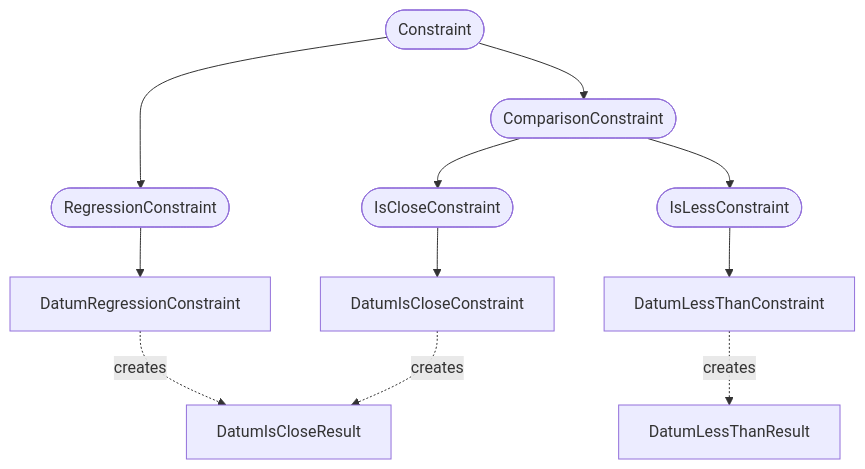
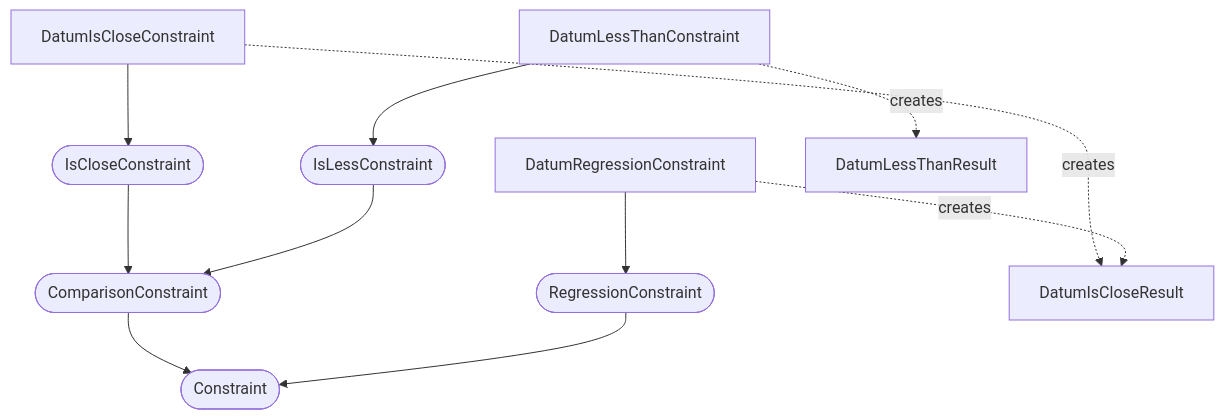
One commit to bmad-sim/pytao changed the second of 2 diagrams in docs/constraints/api/datum.md. Above: the diagram before and after it, drawn with Mermaid. The commit also changed other lines of this file and 1 other file, not shown here.

Commit message:
reverse flow charts

````diff
--- a/docs/constraints/api/datum.md
+++ b/docs/constraints/api/datum.md
@@ -41,13 +41,13 @@
 ```mermaid
 flowchart TD
-    Constraint([Constraint]) --> ComparisonConstraint([ComparisonConstraint])
-    Constraint --> RegressionConstraint([RegressionConstraint])
-    ComparisonConstraint --> IsCloseConstraint([IsCloseConstraint])
-    ComparisonConstraint --> IsLessConstraint([IsLessConstraint])
-    IsCloseConstraint --> DatumIsCloseConstraint[DatumIsCloseConstraint]
-    IsLessConstraint --> DatumLessThanConstraint[DatumLessThanConstraint]
-    RegressionConstraint --> DatumRegressionConstraint[DatumRegressionConstraint]
+    ComparisonConstraint([ComparisonConstraint]) --> Constraint([Constraint])
+    RegressionConstraint([RegressionConstraint]) --> Constraint
+    IsCloseConstraint([IsCloseConstraint]) --> ComparisonConstraint
+    IsLessConstraint([IsLessConstraint]) --> ComparisonConstraint
+    DatumIsCloseConstraint[DatumIsCloseConstraint] --> IsCloseConstraint
+    DatumLessThanConstraint[DatumLessThanConstraint] --> IsLessConstraint
+    DatumRegressionConstraint[DatumRegressionConstraint] --> RegressionConstraint
     DatumIsCloseConstraint -. creates .-> DatumIsCloseResult[DatumIsCloseResult]
     DatumLessThanConstraint -. creates .-> DatumLessThanResult[DatumLessThanResult]
     DatumRegressionConstraint -. creates .-> DatumIsCloseResult
 ```
````
